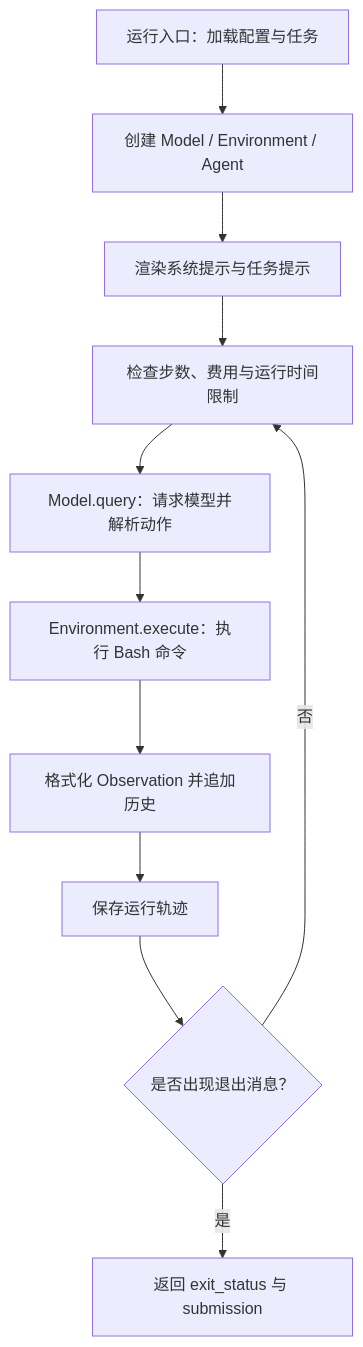
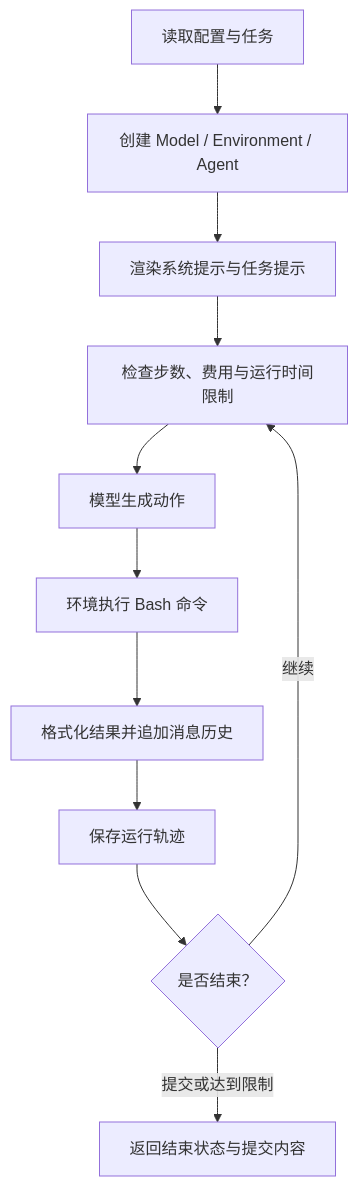
The first of 2 diagrams in README.md (cangnai/swe-compass), drawn with Mermaid before and after one commit. The commit also changed other lines of this file and 3 other files, not shown here.

````diff
--- a/README.md
+++ b/README.md
@@ -11,13 +70,13 @@
 ```mermaid
 flowchart TD
-    A[运行入口：加载配置与任务] --> B[创建 Model / Environment / Agent]
+    A[读取配置与任务] --> B[创建 Model / Environment / Agent]
     B --> C[渲染系统提示与任务提示]
     C --> D[检查步数、费用与运行时间限制]
-    D --> E[Model.query：请求模型并解析动作]
-    E --> F[Environment.execute：执行 Bash 命令]
-    F --> G[格式化 Observation 并追加历史]
+    D --> E[模型生成动作]
+    E --> F[环境执行 Bash 命令]
+    F --> G[格式化结果并追加消息历史]
     G --> H[保存运行轨迹]
-    H --> I{是否出现退出消息？}
-    I -->|否| D
-    I -->|是| J[返回 exit_status 与 submission]
+    H --> I{是否结束？}
+    I -->|继续| D
+    I -->|提交或达到限制| J[返回结束状态与提交内容]
 ```
````
